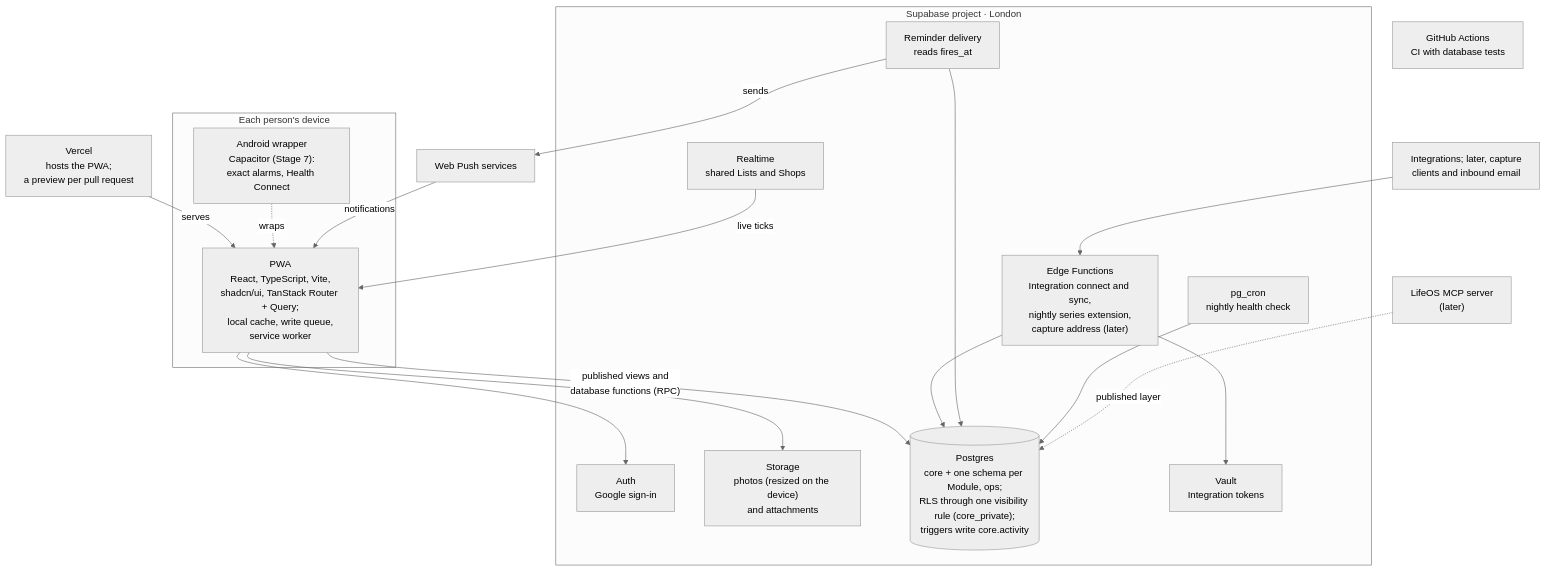
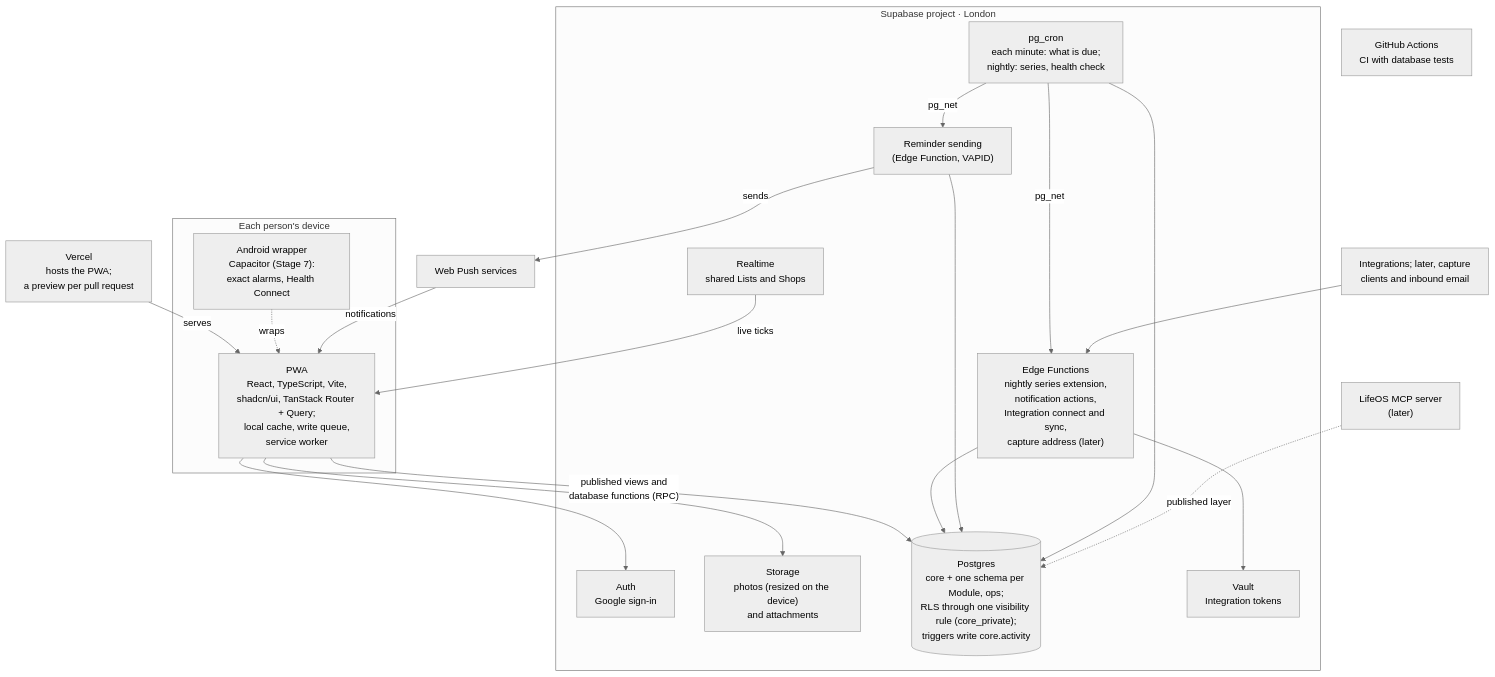
One commit to joestables/lifeos changed the second of 2 diagrams in docs/20-architecture/overview.md. Above: the diagram before and after it, drawn with Mermaid (neutral theme). The commit also changed 20 other files, not shown here.

First line of the commit message:
Stage 2 specs agreed; ADRs for Reminder delivery and making repeats

````diff
--- a/docs/20-architecture/overview.md
+++ b/docs/20-architecture/overview.md
@@ -42,40 +42,42 @@
 ```mermaid
 flowchart TB
   vercel["Vercel<br/>hosts the PWA;<br/>a preview per pull request"]
   pushsvc["Web Push services"]
 
   subgraph device["Each person's device"]
     pwa["PWA<br/>React, TypeScript, Vite,<br/>shadcn/ui, TanStack Router + Query;<br/>local cache, write queue,<br/>service worker"]
     android["Android wrapper<br/>Capacitor (Stage 7):<br/>exact alarms, Health Connect"]
   end
 
   subgraph supabase["Supabase project · London"]
     auth["Auth<br/>Google sign-in"]
     storage["Storage<br/>photos (resized on the device)<br/>and attachments"]
     realtime["Realtime<br/>shared Lists and Shops"]
     db[("Postgres<br/>core + one schema per Module, ops;<br/>RLS through one visibility rule (core_private);<br/>triggers write core.activity")]
-    edge["Edge Functions<br/>Integration connect and sync,<br/>nightly series extension,<br/>capture address (later)"]
-    reminders["Reminder delivery<br/>reads fires_at"]
-    cron["pg_cron<br/>nightly health check"]
+    edge["Edge Functions<br/>nightly series extension,<br/>notification actions,<br/>Integration connect and sync,<br/>capture address (later)"]
+    reminders["Reminder sending<br/>(Edge Function, VAPID)"]
+    cron["pg_cron<br/>each minute: what is due;<br/>nightly: series, health check"]
     vault["Vault<br/>Integration tokens"]
   end
 
   outside["Integrations; later, capture<br/>clients and inbound email"]
   mcp["LifeOS MCP server<br/>(later)"]
   gha["GitHub Actions<br/>CI with database tests"]
 
   vercel -- "serves" --> pwa
   android -. "wraps" .-> pwa
   pushsvc -- "notifications" --> pwa
   pwa --> auth
   pwa --> storage
   realtime -- "live ticks" --> pwa
   pwa -- "published views and<br/>database functions (RPC)" --> db
   edge --> db
   edge --> vault
   reminders --> db
   reminders -- "sends" --> pushsvc
   cron --> db
+  cron -- "pg_net" --> reminders
+  cron -- "pg_net" --> edge
   outside --> edge
   mcp -. "published layer" .-> db
 ```
````
